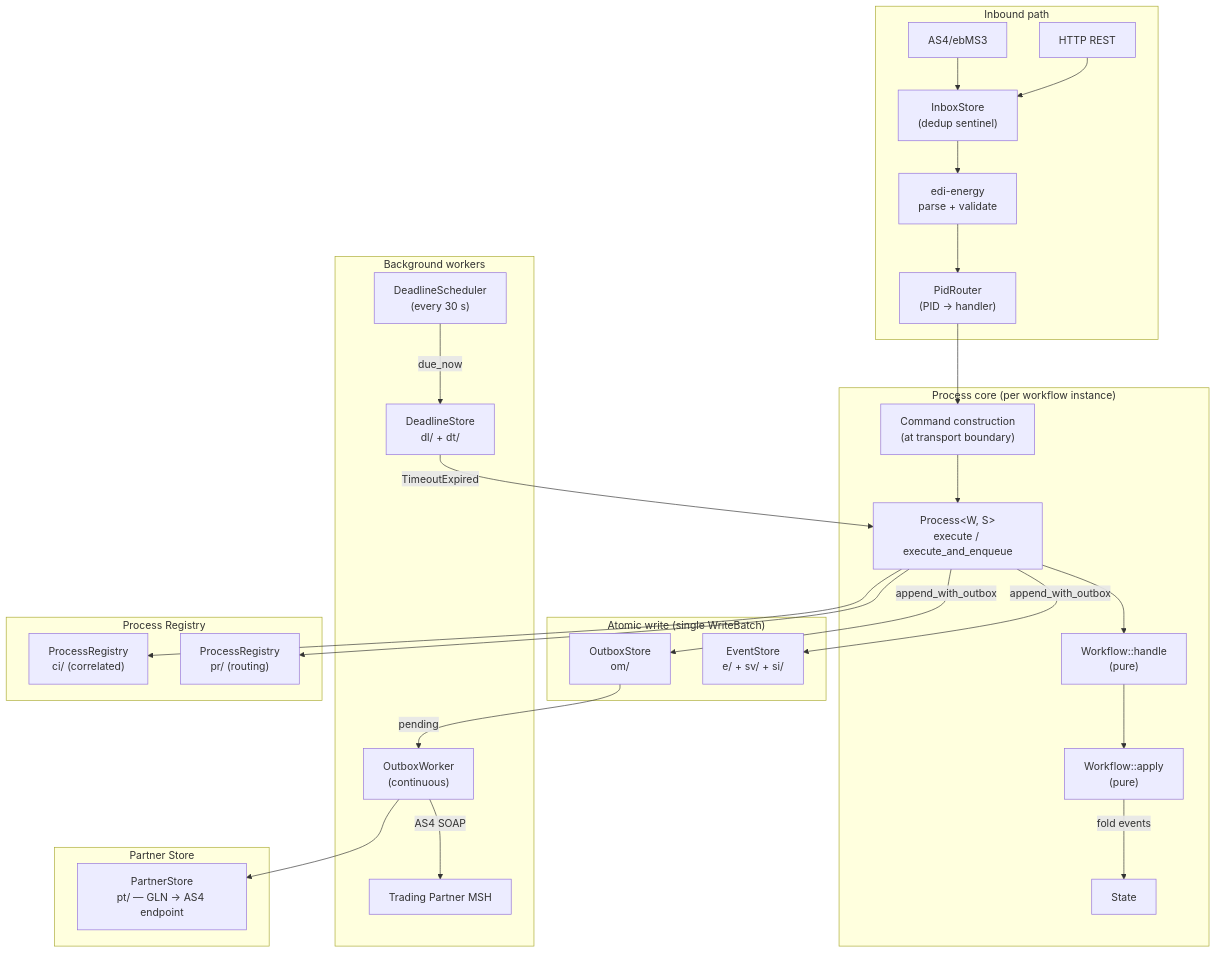
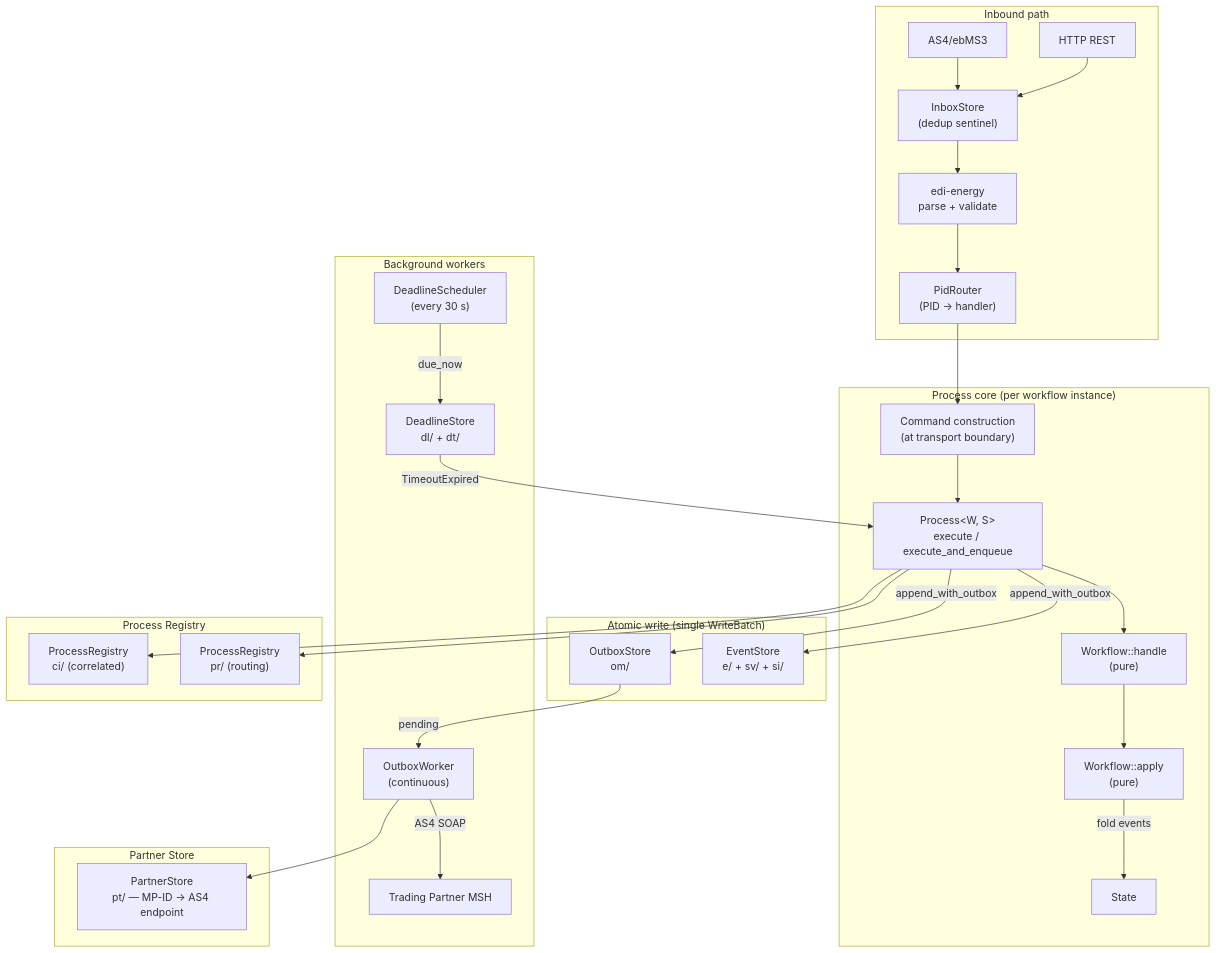
Before and after one commit to hupe1980/mako: the first of 4 diagrams in site/content/docs/architecture/engine.md, drawn with Mermaid. The commit also changed other lines of this file and 306 other files, not shown here.

````diff
--- a/site/content/docs/architecture/engine.md
+++ b/site/content/docs/architecture/engine.md
@@ -20,43 +20,43 @@
 ```mermaid
 graph TD
     subgraph Inbound["Inbound path"]
         AS4["AS4/ebMS3"]
         REST["HTTP REST"]
         AS4 & REST --> IB["InboxStore<br/>(dedup sentinel)"]
         IB --> PARSE["edi-energy<br/>parse + validate"]
         PARSE --> ROUTER["PidRouter<br/>(PID → handler)"]
     end
 
     subgraph Core["Process core (per workflow instance)"]
         ROUTER --> CMD["Command construction<br/>(at transport boundary)"]
         CMD --> PROC["Process&lt;W, S&gt;<br/>execute / execute_and_enqueue"]
         PROC --> WH["Workflow::handle<br/>(pure)"]
         WH --> WA["Workflow::apply<br/>(pure)"]
         WA -->|"fold events"| STATE["State"]
     end
 
     subgraph Atomic["Atomic write (single WriteBatch)"]
         PROC -->|"append_with_outbox"| ES["EventStore<br/>e/ + sv/ + si/"]
         PROC -->|"append_with_outbox"| OMS["OutboxStore<br/>om/"]
     end
 
     subgraph Background["Background workers"]
         OW["OutboxWorker<br/>(continuous)"]
         DS["DeadlineScheduler<br/>(every 30 s)"]
         OMS -->|"pending"| OW
         OW -->|"AS4 SOAP"| PARTNER["Trading Partner MSH"]
         DS -->|"due_now"| DL["DeadlineStore<br/>dl/ + dt/"]
         DL -->|"TimeoutExpired"| PROC
     end
 
     subgraph Registry["Process Registry"]
         PR["ProcessRegistry<br/>pr/ (routing)"]
         CI["ProcessRegistry<br/>ci/ (correlated)"]
         PROC --> PR & CI
     end
 
     subgraph Partners["Partner Store"]
-        PT["PartnerStore<br/>pt/ — GLN → AS4 endpoint"]
+        PT["PartnerStore<br/>pt/ — MP-ID → AS4 endpoint"]
         OW --> PT
     end
 ```
````
